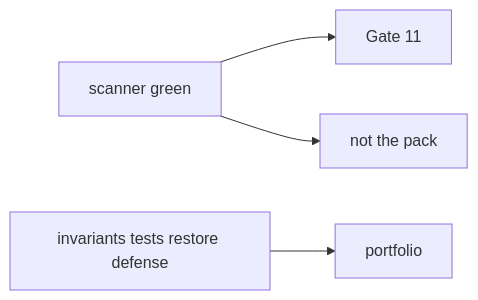
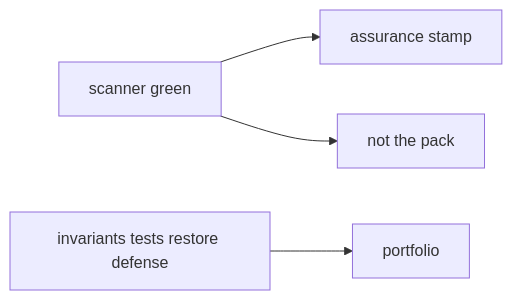
Before and after one commit to ishitvagoel/LearnSecurity: the second of 2 diagrams in content/modules/11/11/lessons/01-property.md, drawn with Mermaid. The commit also changed other lines of this file and 55 other files, not shown here.

````diff
--- a/content/modules/11/11/lessons/01-property.md
+++ b/content/modules/11/11/lessons/01-property.md
@@ -31,6 +32,6 @@
 ```mermaid
 flowchart LR
-  Scan[scanner green] --> Belief[Gate 11]
+  Scan[scanner green] --> Belief[assurance stamp]
   Pack[invariants tests restore defense] --> Evidence[portfolio]
   Scan --> NotPack[not the pack]
 ```
````
